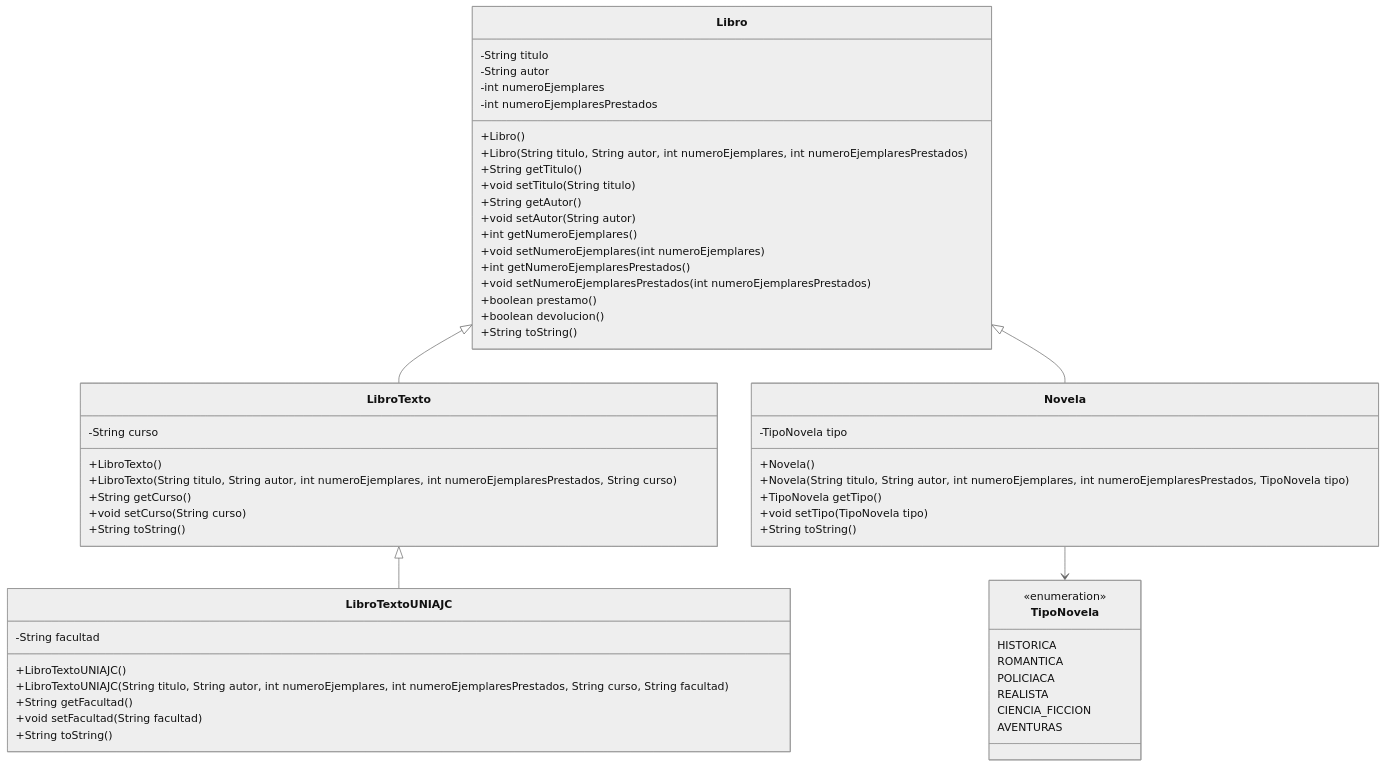
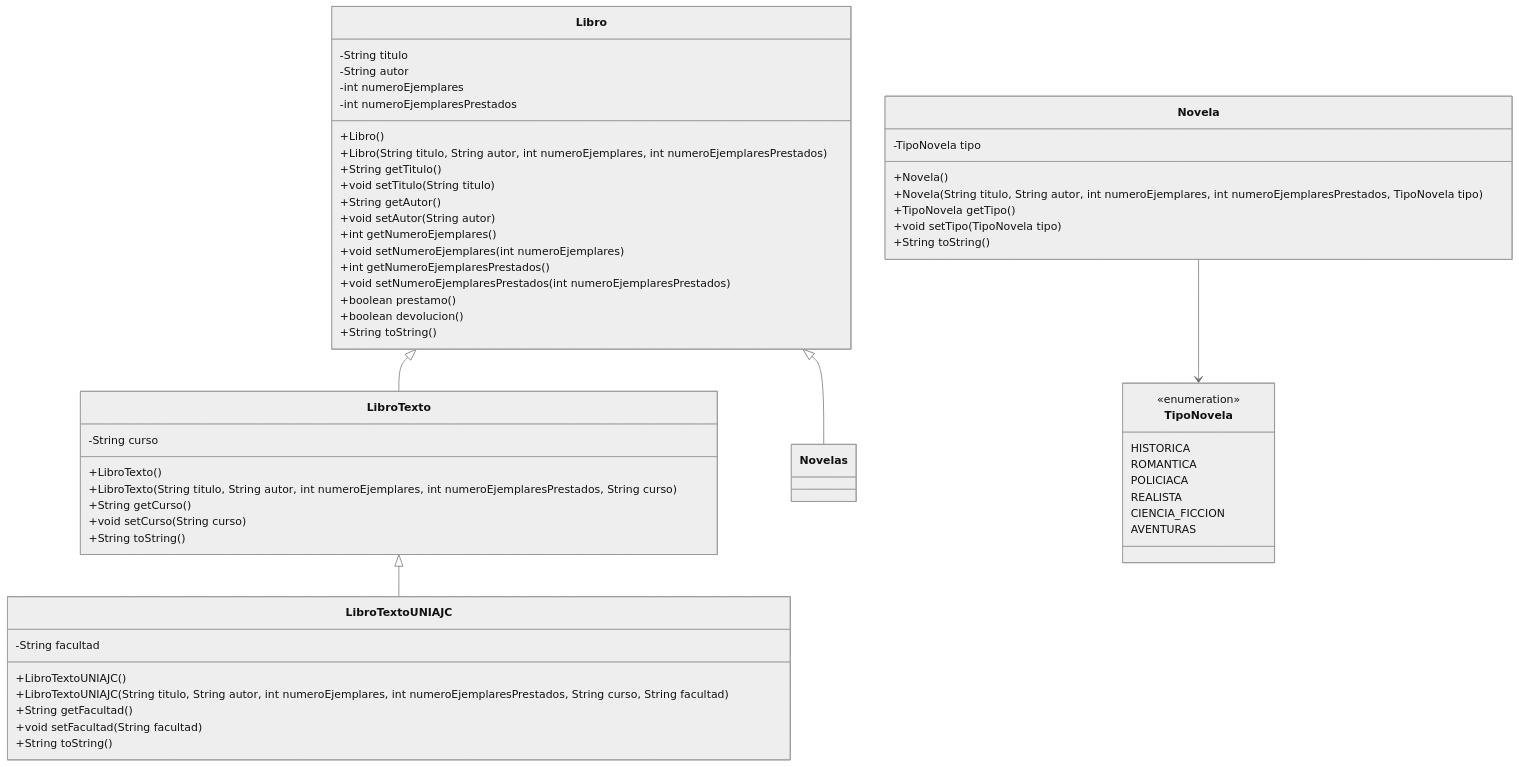
Before and after one commit to OnlyWhoo/Parcial_DavidOrtiz_412: the diagram in parcial412/Readme.md, drawn with Mermaid (neutral theme). The commit also changed other lines of this file, not shown here.

````diff
--- a/parcial412/Readme.md
+++ b/parcial412/Readme.md
@@ -3,65 +3,65 @@
 ```mermaid
 classDiagram
 
 class Libro {
     -String titulo
     -String autor
     -int numeroEjemplares
     -int numeroEjemplaresPrestados
     +Libro()
     +Libro(String titulo, String autor, int numeroEjemplares, int numeroEjemplaresPrestados)
     +String getTitulo()
     +void setTitulo(String titulo)
     +String getAutor()
     +void setAutor(String autor)
     +int getNumeroEjemplares()
     +void setNumeroEjemplares(int numeroEjemplares)
     +int getNumeroEjemplaresPrestados()
     +void setNumeroEjemplaresPrestados(int numeroEjemplaresPrestados)
     +boolean prestamo()
     +boolean devolucion()
     +String toString()
 }
 
 class LibroTexto {
     -String curso
     +LibroTexto()
     +LibroTexto(String titulo, String autor, int numeroEjemplares, int numeroEjemplaresPrestados, String curso)
     +String getCurso()
     +void setCurso(String curso)
     +String toString()
 }
 
 class LibroTextoUNIAJC {
     -String facultad
     +LibroTextoUNIAJC()
     +LibroTextoUNIAJC(String titulo, String autor, int numeroEjemplares, int numeroEjemplaresPrestados, String curso, String facultad)
     +String getFacultad()
     +void setFacultad(String facultad)
     +String toString()
 }
 
 class Novela {
     -TipoNovela tipo
     +Novela()
     +Novela(String titulo, String autor, int numeroEjemplares, int numeroEjemplaresPrestados, TipoNovela tipo)
     +TipoNovela getTipo()
     +void setTipo(TipoNovela tipo)
     +String toString()
 }
 
 class TipoNovela {
     <<enumeration>>
     HISTORICA
     ROMANTICA
     POLICIACA
     REALISTA
     CIENCIA_FICCION
     AVENTURAS
 }
 
 Libro <|-- LibroTexto
 LibroTexto <|-- LibroTextoUNIAJC
-Libro <|-- Novela
+Libro <|-- Novelas
 Novela --> TipoNovela
 ```
````
